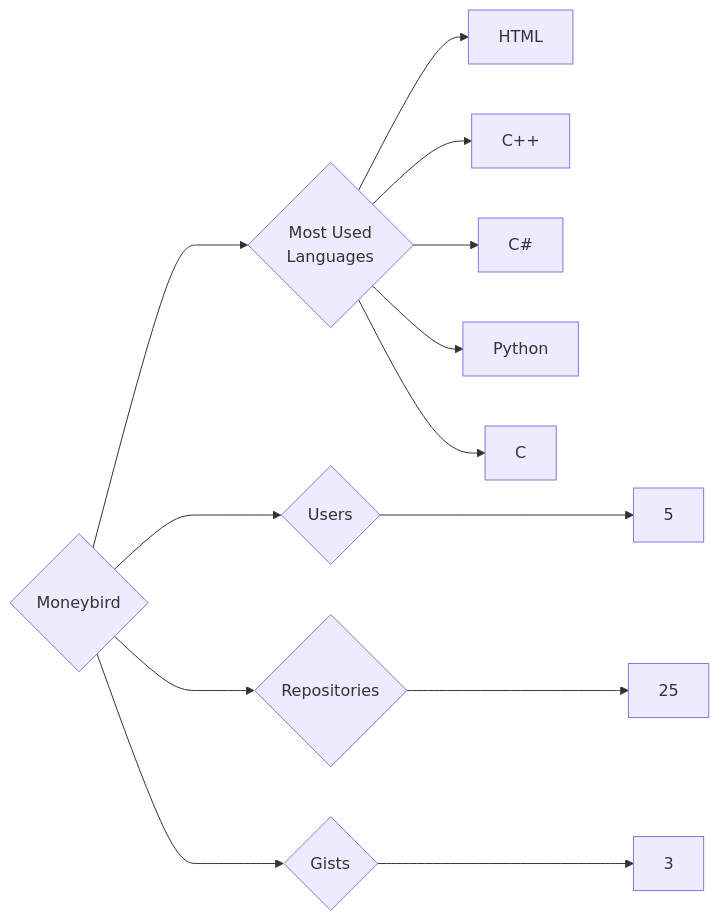
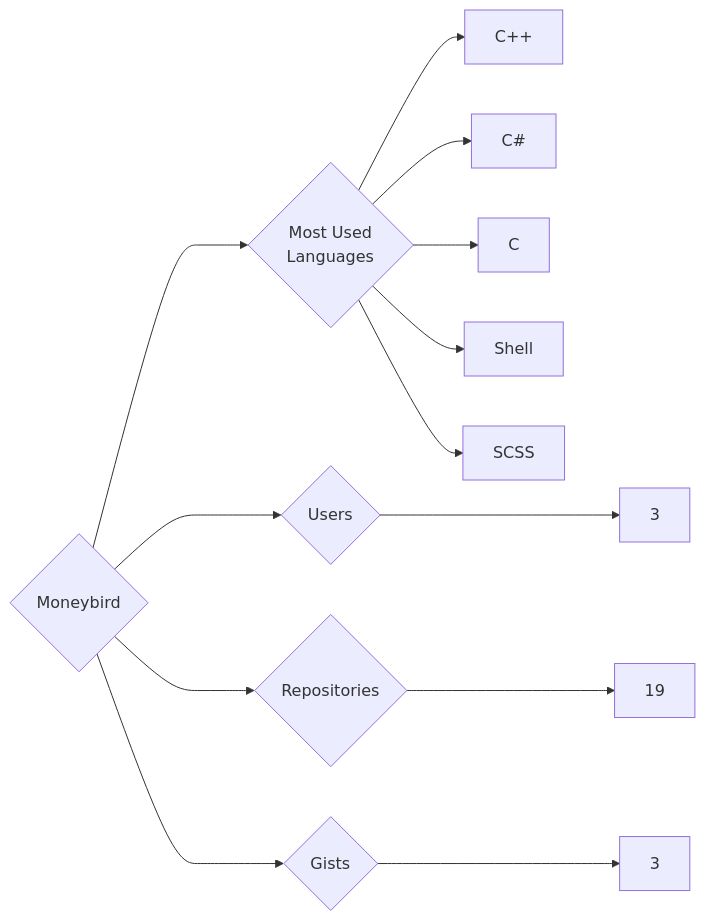
The diagram in targets/Moneybird/README.md (trickest/insiders), drawn with Mermaid before and after one commit. The commit also changed 870 other files, not shown here.

````diff
--- a/targets/Moneybird/README.md
+++ b/targets/Moneybird/README.md
@@ -3,13 +3,13 @@
 ```mermaid
 graph LR
 COMPANY_NAME{Moneybird}
-COMPANY_NAME ---> U{Users} ---> UN[5]
-COMPANY_NAME ---> R{Repositories} ---> RN[25]
+COMPANY_NAME ---> U{Users} ---> UN[3]
+COMPANY_NAME ---> R{Repositories} ---> RN[19]
 COMPANY_NAME ---> G{Gists} ---> GN[3]
 COMPANY_NAME ---> ML{Most Used<br>Languages}
-ML --> HTML[HTML]
 ML --> C++[C++]
 ML --> C#[C#]
-ML --> Python[Python]
 ML --> C[C]
+ML --> Shell[Shell]
+ML --> SCSS[SCSS]
 ```
````
